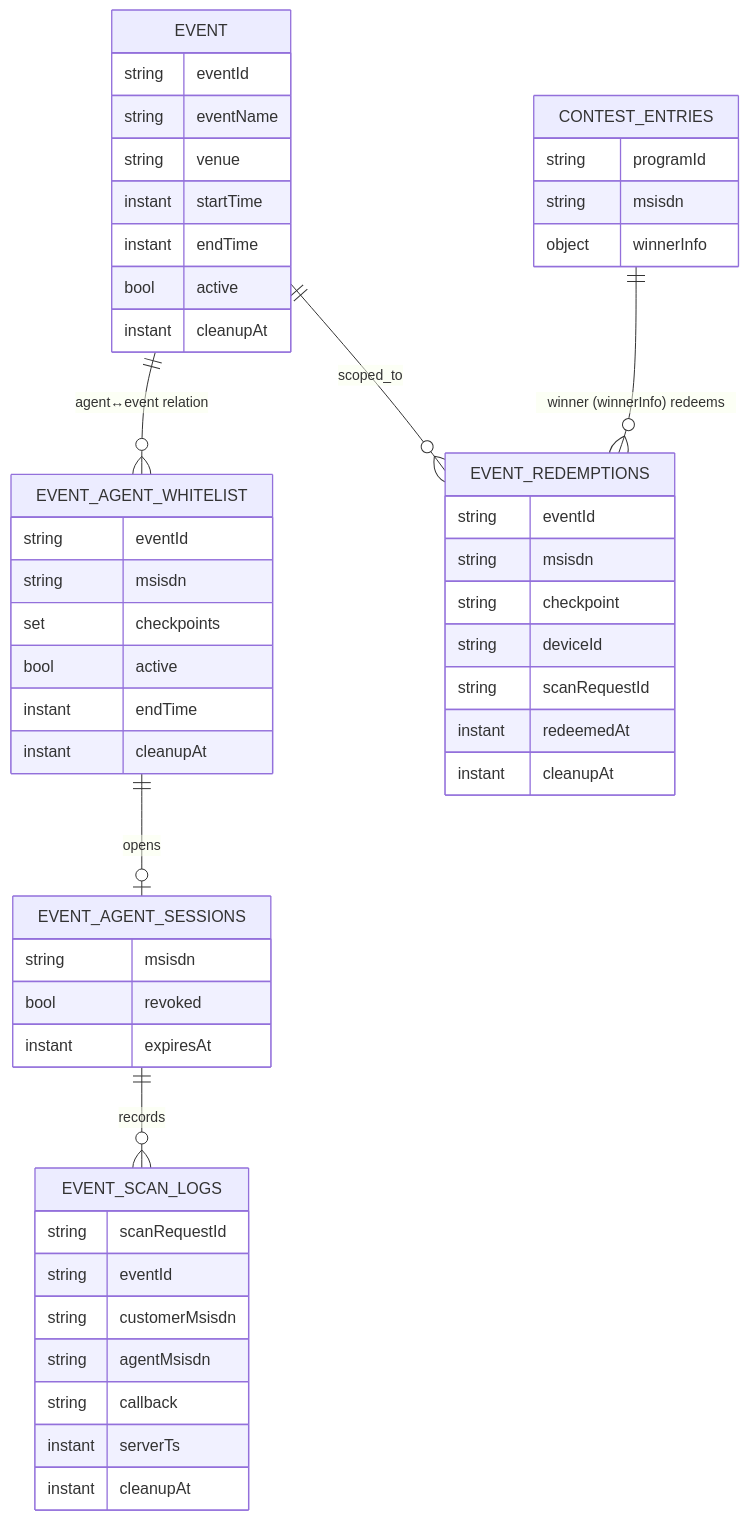
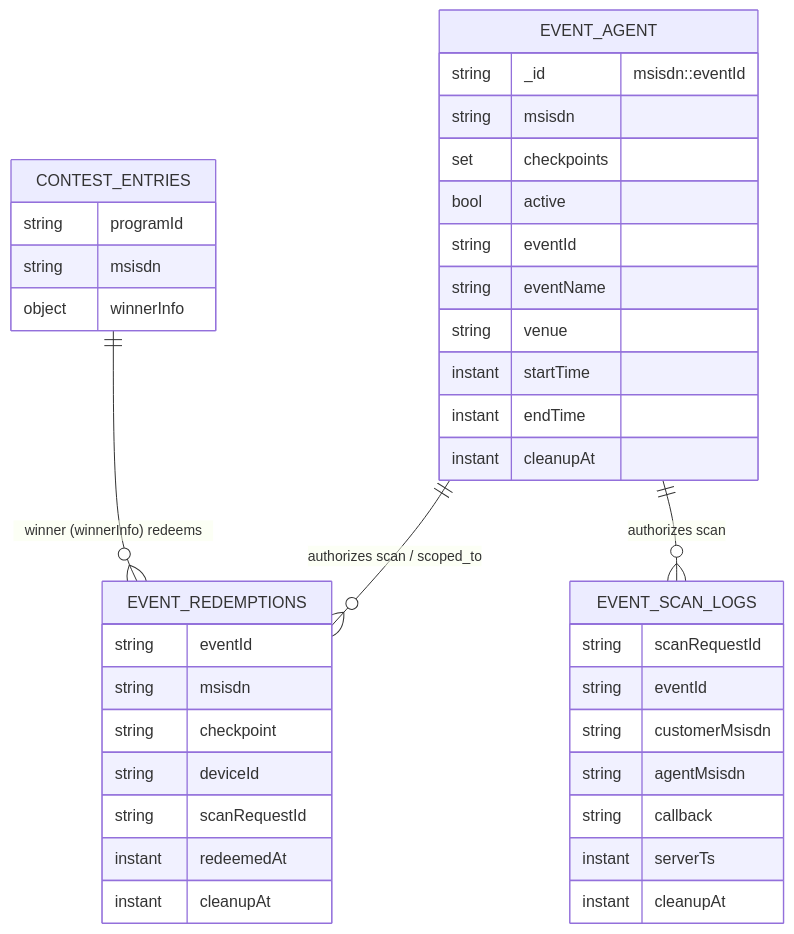
The second of 7 diagrams in docs/digital-membership/LLD-EventPass.md (Amitpawar503/lazzy), drawn with Mermaid before and after one commit. The commit also changed other lines of this file and 33 other files, not shown here.

````diff
--- a/docs/digital-membership/LLD-EventPass.md
+++ b/docs/digital-membership/LLD-EventPass.md
@@ -126,14 +127,10 @@
 ```mermaid
 erDiagram
-  EVENT ||--o{ EVENT_AGENT_WHITELIST : "agent↔event relation"
-  EVENT ||--o{ EVENT_REDEMPTIONS : scoped_to
+  EVENT_AGENT ||--o{ EVENT_REDEMPTIONS : "authorizes scan / scoped_to"
   CONTEST_ENTRIES ||--o{ EVENT_REDEMPTIONS : "winner (winnerInfo) redeems"
-  EVENT_AGENT_WHITELIST ||--o| EVENT_AGENT_SESSIONS : opens
-  EVENT_AGENT_SESSIONS ||--o{ EVENT_SCAN_LOGS : records
-  EVENT { string eventId  string eventName  string venue  instant startTime  instant endTime  bool active  instant cleanupAt }
+  EVENT_AGENT ||--o{ EVENT_SCAN_LOGS : "authorizes scan"
+  EVENT_AGENT { string _id "msisdn::eventId"  string msisdn  set checkpoints  bool active  string eventId  string eventName  string venue  instant startTime  instant endTime  instant cleanupAt }
   EVENT_REDEMPTIONS { string eventId  string msisdn  string checkpoint  string deviceId  string scanRequestId  instant redeemedAt  instant cleanupAt }
-  EVENT_AGENT_WHITELIST { string eventId  string msisdn  set checkpoints  bool active  instant endTime  instant cleanupAt }
-  EVENT_AGENT_SESSIONS { string msisdn  bool revoked  instant expiresAt }
   EVENT_SCAN_LOGS { string scanRequestId  string eventId  string customerMsisdn  string agentMsisdn  string callback  instant serverTs  instant cleanupAt }
   CONTEST_ENTRIES { string programId  string msisdn  object winnerInfo }
 ```
````
